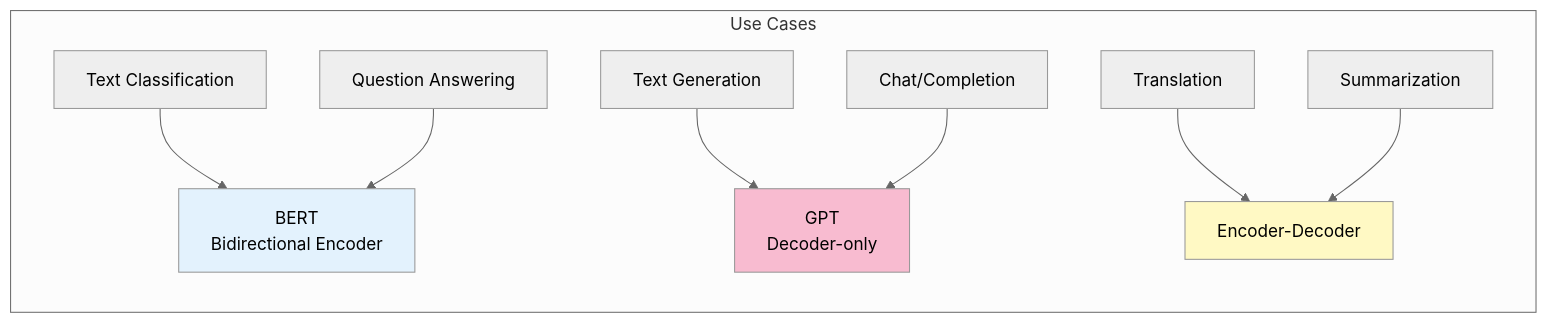
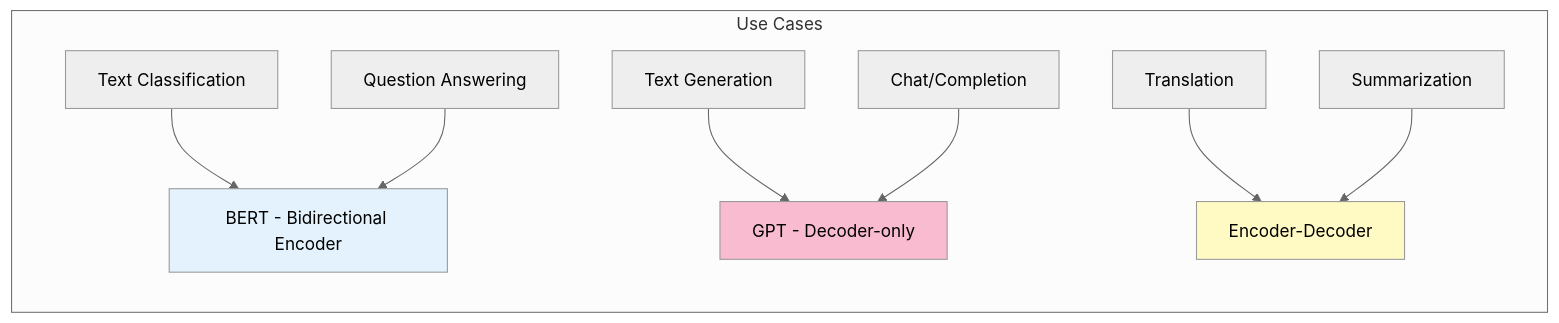
The ninth of 9 diagrams in docs/learning/01-llm-fundamentals.md (indhra/llm_rag_sec_findings), drawn with Mermaid (neutral theme) before and after one commit. The commit also changed other lines of this file and 9 other files, not shown here.

````diff
--- a/docs/learning/01-llm-fundamentals.md
+++ b/docs/learning/01-llm-fundamentals.md
@@ -375,18 +375,18 @@
 ```mermaid
 graph LR
     subgraph "Use Cases"
         U1[Text Classification] --> BERT
         U2[Question Answering] --> BERT
         U3[Text Generation] --> GPT
         U4[Chat/Completion] --> GPT
         U5[Translation] --> T5[Encoder-Decoder]
         U6[Summarization] --> T5
     end
     
-    BERT[BERT<br/>Bidirectional Encoder]
-    GPT[GPT<br/>Decoder-only]
+    BERT[BERT - Bidirectional Encoder]
+    GPT[GPT - Decoder-only]
     
     style BERT fill:#e3f2fd
     style GPT fill:#f8bbd0
     style T5 fill:#fff9c4
 ```
````
